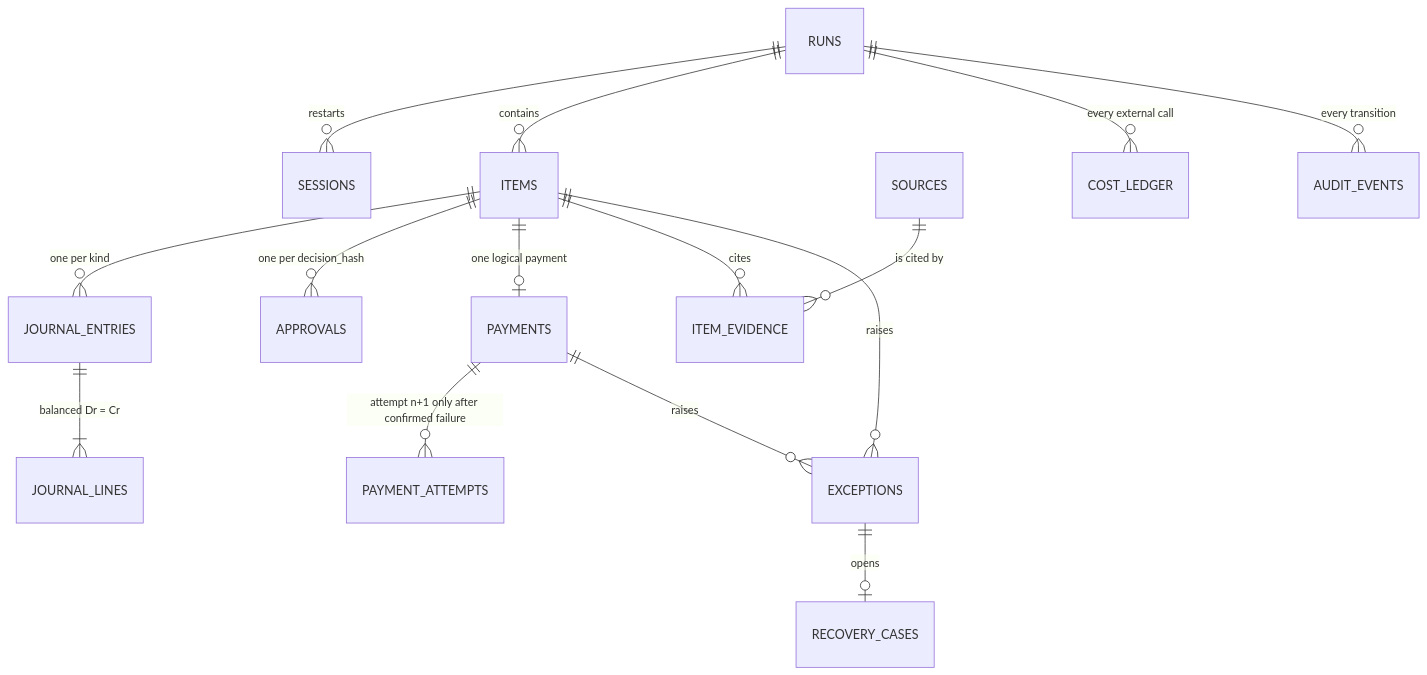
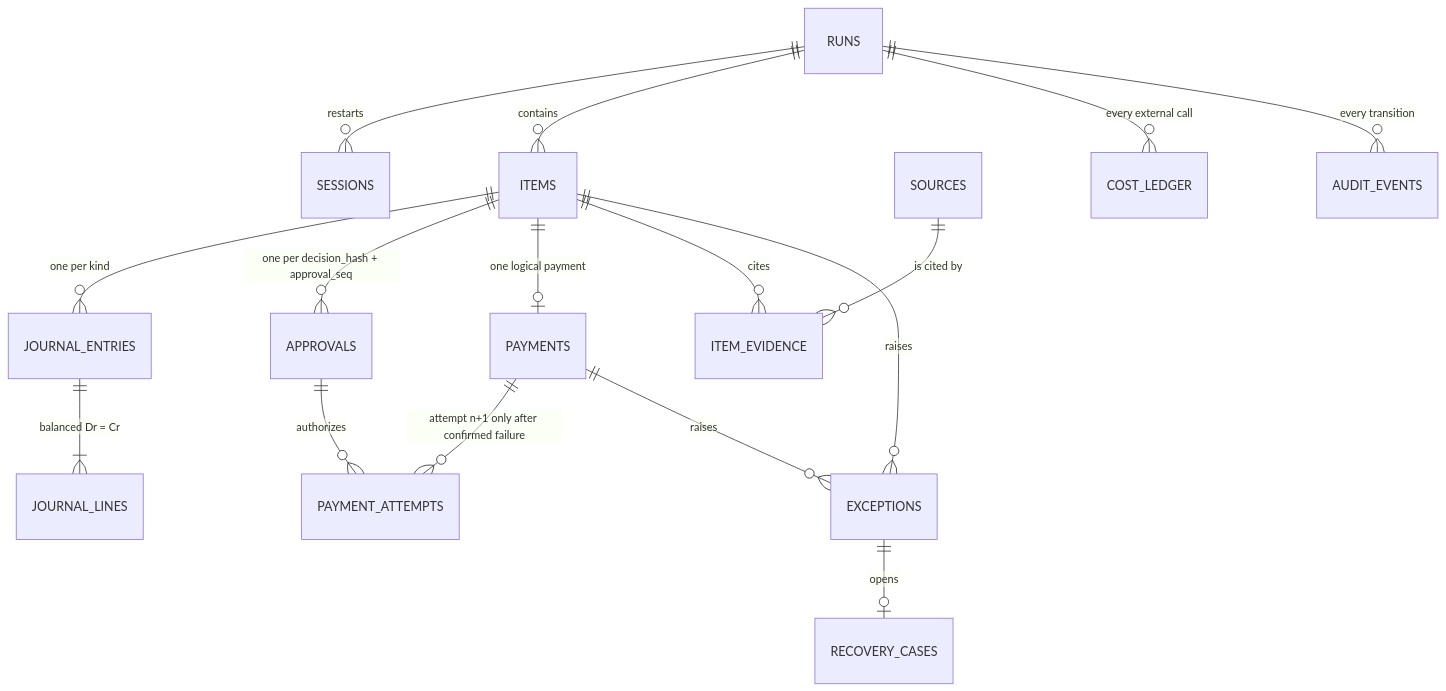
The eighth of 9 diagrams in docs/ARCHITECTURE.md (cypher-daemon/ContextCon_Hackathon), drawn with Mermaid before and after one commit. The commit also changed other lines of this file and 10 other files, not shown here.

First line of the commit message:
docs: plan v4.3 - approval sequence, CLI selectors, replay window

````diff
--- a/docs/ARCHITECTURE.md
+++ b/docs/ARCHITECTURE.md
@@ -288,17 +288,18 @@
 ```mermaid
 erDiagram
   RUNS ||--o{ SESSIONS : "restarts"
   RUNS ||--o{ ITEMS : contains
   ITEMS ||--o{ JOURNAL_ENTRIES : "one per kind"
   JOURNAL_ENTRIES ||--|{ JOURNAL_LINES : "balanced Dr = Cr"
-  ITEMS ||--o{ APPROVALS : "one per decision_hash"
+  ITEMS ||--o{ APPROVALS : "one per decision_hash + approval_seq"
   ITEMS ||--o| PAYMENTS : "one logical payment"
   PAYMENTS ||--o{ PAYMENT_ATTEMPTS : "attempt n+1 only after confirmed failure"
+  APPROVALS ||--o{ PAYMENT_ATTEMPTS : "authorizes"
   ITEMS ||--o{ ITEM_EVIDENCE : cites
   SOURCES ||--o{ ITEM_EVIDENCE : "is cited by"
   ITEMS ||--o{ EXCEPTIONS : raises
   PAYMENTS ||--o{ EXCEPTIONS : raises
   EXCEPTIONS ||--o| RECOVERY_CASES : opens
   RUNS ||--o{ COST_LEDGER : "every external call"
   RUNS ||--o{ AUDIT_EVENTS : "every transition"
 ```
````
